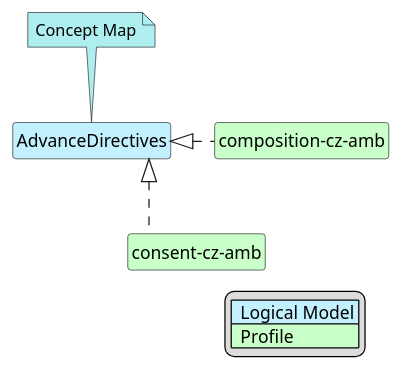
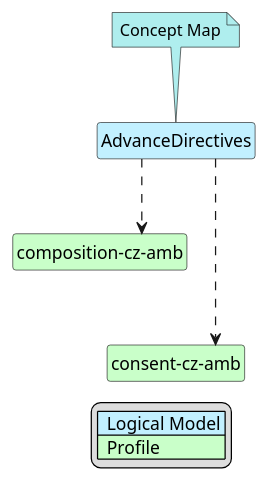
Before and after one commit to HL7-cz/amb: the diagram in input/images-source/AdvanceDirectives-map.plantuml, drawn with PlantUML. The commit also changed 13 other files, not shown here.

```diff
--- a/input/images-source/AdvanceDirectives-map.plantuml
+++ b/input/images-source/AdvanceDirectives-map.plantuml
@@ -1,28 +1,30 @@
 @startuml AdvanceDirectives-map
 hide circle
 hide stereotype
 hide members    
 hide methods
 skinparam linetype ortho
 skinparam class {
 BackgroundColor<<LogicalModel>> #APPLICATION
 BackgroundColor<<Profile>> #TECHNOLOGY
 }
 legend right
 | <#APPLICATION>  Logical Model |
 | <#TECHNOLOGY>  Profile |
 endlegend
 class "AdvanceDirectives" <<LogicalModel>> [[StructureDefinition-AdvanceDirectivesCz.html]]
 note top #PaleTurquoise [[advanceDirectives2FHIR-cz-amb.html]]
 Concept Map
 endnote
 
 class "composition-cz-amb" <<Profile>> [[StructureDefinition-cz-composition-amb.html]]
-"AdvanceDirectives" <|. "composition-cz-amb"
-
 class "consent-cz-amb" <<Profile>> [[StructureDefinition-cz-consent-amb.html]]
-"AdvanceDirectives" <|. "consent-cz-amb"
 
 
+' --- Mappings per groups
+"AdvanceDirectives" ..> "composition-cz-amb"
+"AdvanceDirectives" ..> "consent-cz-amb"
+
+' --- Layout helpers (optional)
 "composition-cz-amb" -d[hidden]-> "consent-cz-amb"
 @enduml
```
